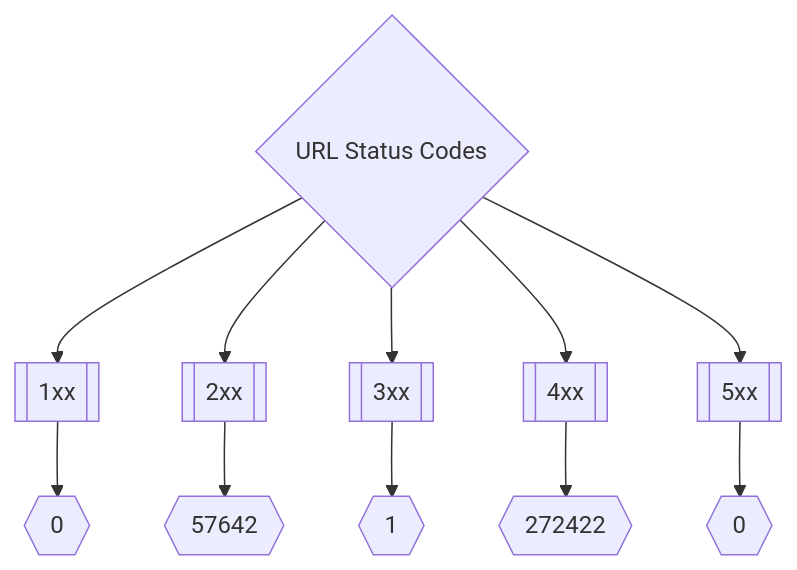
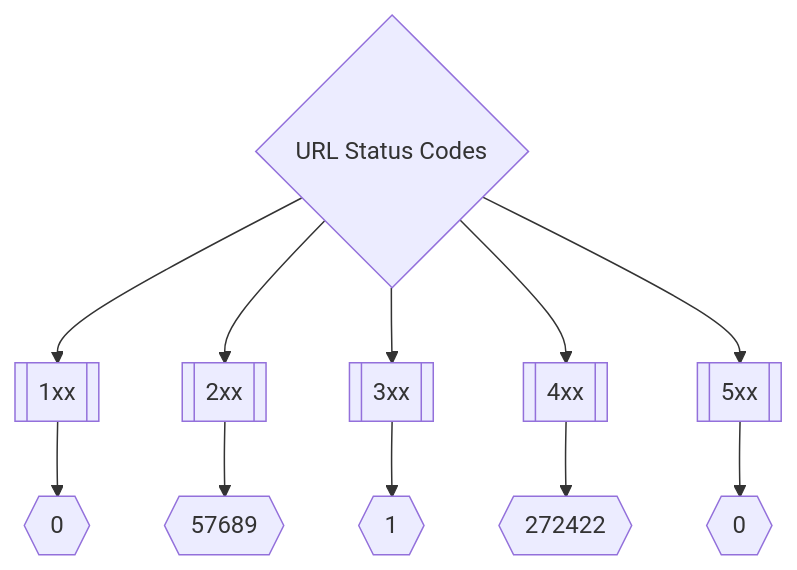
One commit to trickest/inventory changed the second of 3 diagrams in README.md. Above: the diagram before and after it, drawn with Mermaid. The commit also changed other lines of this file and 10 other files, not shown here.

````diff
--- a/README.md
+++ b/README.md
@@ -173,8 +173,8 @@
 ```mermaid
 graph TD
 title{URL Status Codes} --> 1xx[[1xx]] --> status1xxNum{{0}}
-title --> 2xx[[2xx]] --> status2xxNum{{57642}}
+title --> 2xx[[2xx]] --> status2xxNum{{57689}}
 title --> 3xx[[3xx]] --> status3xxNum{{1}}
 title --> 4xx[[4xx]] --> status4xxNum{{272422}}
 title --> 5xx[[5xx]] --> status5xxNum{{0}}
 ```
````
